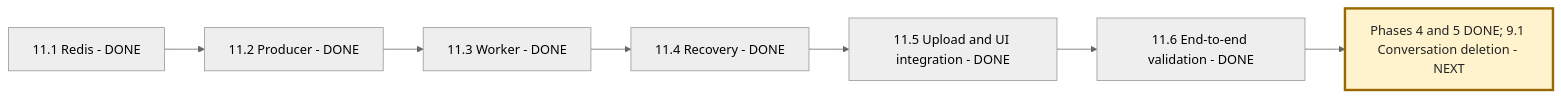
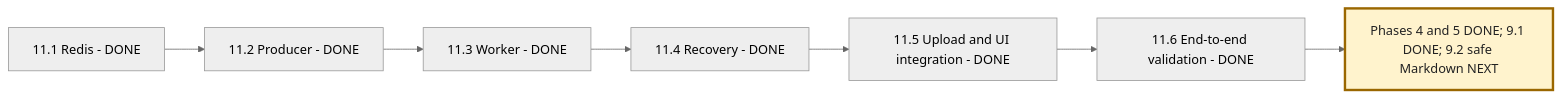
One commit to msdian0007/nexaAi changed the third of 3 diagrams in NEXAAI_ROADMAP.md. Above: the diagram before and after it, drawn with Mermaid (neutral theme). The commit also changed other lines of this file and 10 other files, not shown here.

````diff
--- a/NEXAAI_ROADMAP.md
+++ b/NEXAAI_ROADMAP.md
@@ -255,10 +255,10 @@
 ```mermaid
 flowchart LR
     A[11.1 Redis - DONE] --> B[11.2 Producer - DONE]
     B --> C[11.3 Worker - DONE]
     C --> D[11.4 Recovery - DONE]
     D --> E[11.5 Upload and UI integration - DONE]
     E --> F[11.6 End-to-end validation - DONE]
-    F --> G[Phases 4 and 5 DONE; 9.1 Conversation deletion - NEXT]
+    F --> G[Phases 4 and 5 DONE; 9.1 DONE; 9.2 safe Markdown NEXT]
     style G fill:#fff3cd,stroke:#9a6700,stroke-width:3px,color:#222
 ```
````
